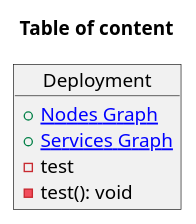
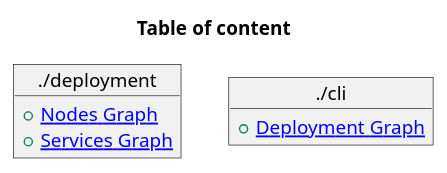
One commit to imazzine/cli changed the diagram in design/puml/index.puml. Above: the diagram before and after it, drawn with PlantUML. The commit also changed 34 other files, not shown here.

```diff
--- a/design/puml/index.puml
+++ b/design/puml/index.puml
@@ -1,9 +1,10 @@
 @startuml index
 title Table of content
-object "Deployment" as Deployment {
-    +[[./../deployment/nodes_graph/nodes_graph.svg Nodes Graph]]
-    +[[./../deployment/services_graph/services_graph.svg Services Graph]]
-    -test
-    -test(): void
+object "./deployment" as deployment {
+    +[[./../deployment/nodes_graph.svg Nodes Graph]]
+    +[[./../deployment/services_graph.svg Services Graph]]
+}
+object "./cli" as cli {
+    +[[./../cli/deployment_graph.svg Deployment Graph]]
 }
 @enduml
```
